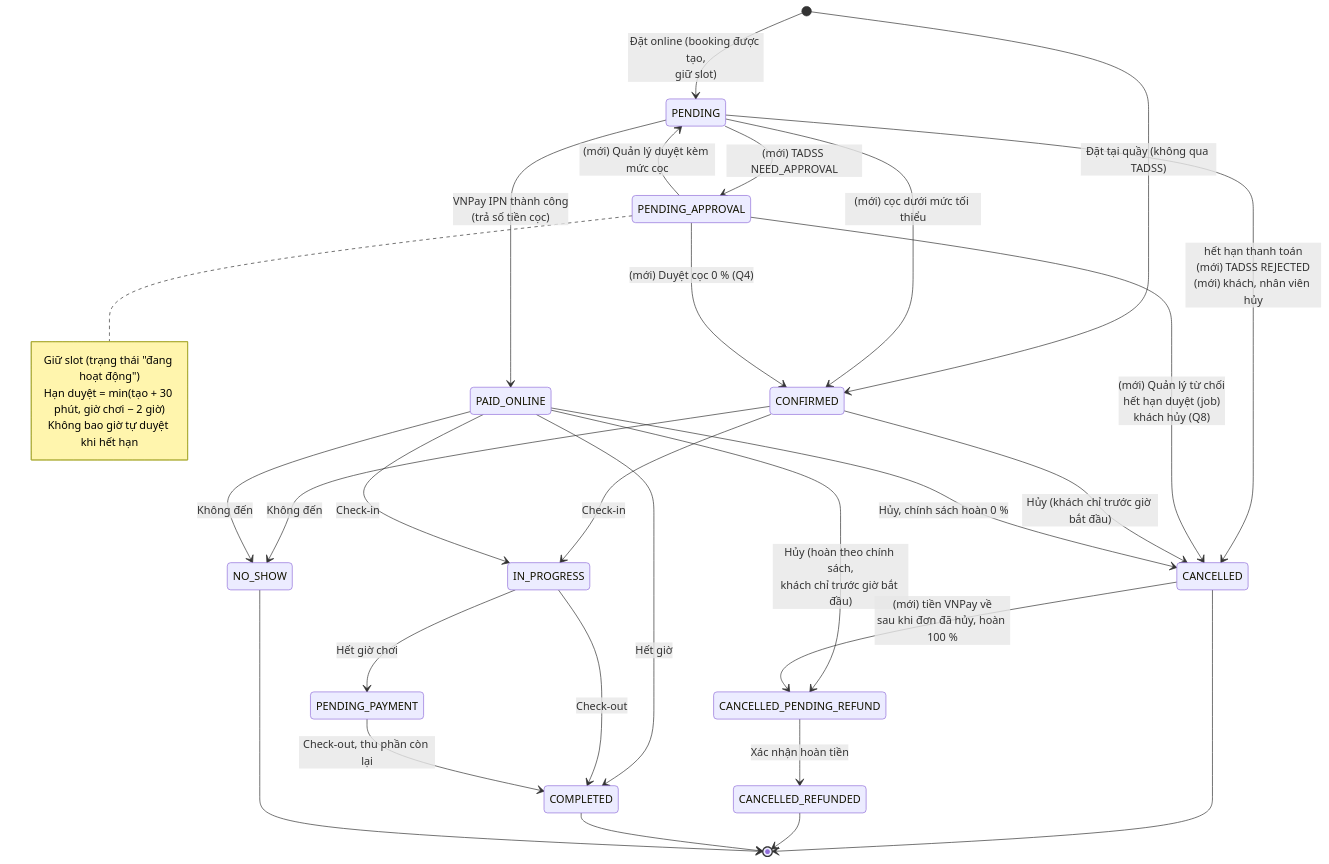
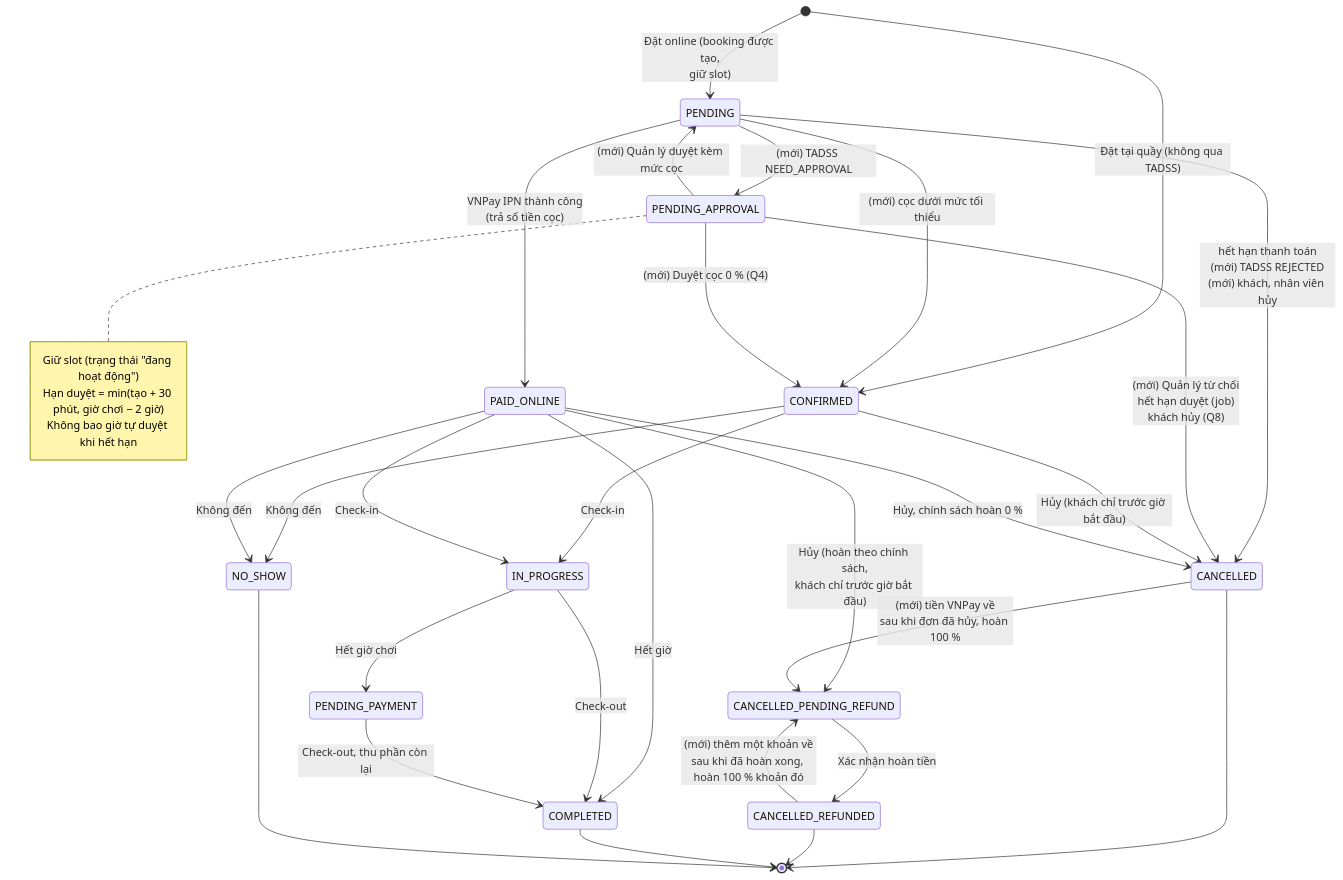
The fourth of 5 diagrams in docs/report/ACTIVITY_AND_STATE_DIAGRAMS.md (NguyenThanhTrung-N2T/TrustworthyAdaptiveDecisionSupportSystem-TADSS), drawn with Mermaid before and after one commit. The commit also changed 9 other files, not shown here.

````diff
--- a/docs/report/ACTIVITY_AND_STATE_DIAGRAMS.md
+++ b/docs/report/ACTIVITY_AND_STATE_DIAGRAMS.md
@@ -159,43 +159,44 @@
 ```mermaid
 stateDiagram-v2
     direction TB
     [*] --> PENDING: Đặt online (booking được tạo,<br/>giữ slot)
     [*] --> CONFIRMED: Đặt tại quầy (không qua TADSS)
 
     PENDING --> PENDING_APPROVAL: (mới) TADSS NEED_APPROVAL
     PENDING --> CANCELLED: hết hạn thanh toán<br/>(mới) TADSS REJECTED<br/>(mới) khách, nhân viên hủy
     PENDING --> CONFIRMED: (mới) cọc dưới mức tối thiểu
     PENDING --> PAID_ONLINE: VNPay IPN thành công<br/>(trả số tiền cọc)
 
     PENDING_APPROVAL --> PENDING: (mới) Quản lý duyệt kèm mức cọc
     PENDING_APPROVAL --> CANCELLED: (mới) Quản lý từ chối<br/>hết hạn duyệt (job)<br/>khách hủy (Q8)
     PENDING_APPROVAL --> CONFIRMED: (mới) Duyệt cọc 0 % (Q4)
 
     CONFIRMED --> IN_PROGRESS: Check-in
     CONFIRMED --> CANCELLED: Hủy (khách chỉ trước giờ bắt đầu)
     CONFIRMED --> NO_SHOW: Không đến
 
     PAID_ONLINE --> IN_PROGRESS: Check-in
     PAID_ONLINE --> CANCELLED_PENDING_REFUND: Hủy (hoàn theo chính sách,<br/>khách chỉ trước giờ bắt đầu)
     PAID_ONLINE --> CANCELLED: Hủy, chính sách hoàn 0 %
     PAID_ONLINE --> NO_SHOW: Không đến
     PAID_ONLINE --> COMPLETED: Hết giờ
 
     IN_PROGRESS --> PENDING_PAYMENT: Hết giờ chơi
     IN_PROGRESS --> COMPLETED: Check-out
     PENDING_PAYMENT --> COMPLETED: Check-out, thu phần còn lại
 
     CANCELLED_PENDING_REFUND --> CANCELLED_REFUNDED: Xác nhận hoàn tiền
     CANCELLED --> CANCELLED_PENDING_REFUND: (mới) tiền VNPay về<br/>sau khi đơn đã hủy, hoàn 100 %
+    CANCELLED_REFUNDED --> CANCELLED_PENDING_REFUND: (mới) thêm một khoản về<br/>sau khi đã hoàn xong, hoàn 100 % khoản đó
 
     CANCELLED --> [*]
     CANCELLED_REFUNDED --> [*]
     COMPLETED --> [*]
     NO_SHOW --> [*]
 
     note right of PENDING_APPROVAL
         Giữ slot (trạng thái "đang hoạt động")
         Hạn duyệt = min(tạo + 30 phút, giờ chơi − 2 giờ)
         Không bao giờ tự duyệt khi hết hạn
     end note
 ```
````
